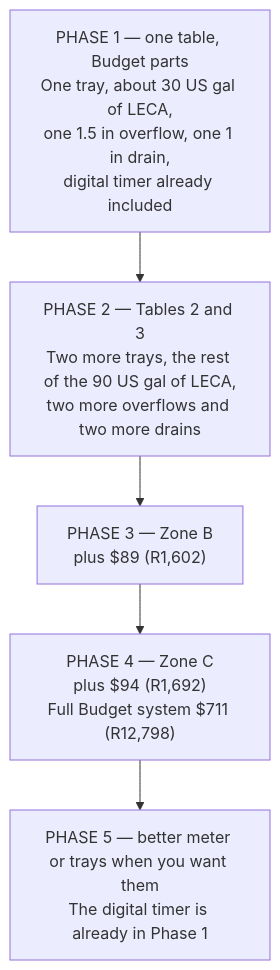
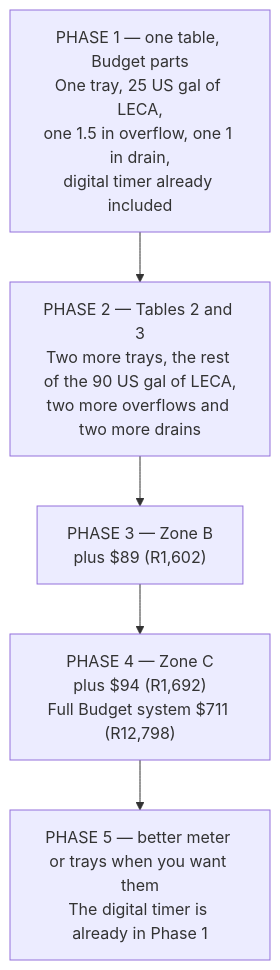
Before and after one commit to UncleJS/guide_hydroponics: the first of 3 diagrams in guide/ebb-and-flow/12-budget-and-sourcing.md, drawn with Mermaid. The commit also changed other lines of this file and 18 other files, not shown here.

````diff
--- a/guide/ebb-and-flow/12-budget-and-sourcing.md
+++ b/guide/ebb-and-flow/12-budget-and-sourcing.md
@@ -364,10 +364,10 @@
 ```mermaid
 flowchart TD
-    P1["PHASE 1 — one table, Budget parts<br/>One tray, about 30 US gal of LECA,<br/>one 1.5 in overflow, one 1 in drain,<br/>digital timer already included"]
+    P1["PHASE 1 — one table, Budget parts<br/>One tray, 25 US gal of LECA,<br/>one 1.5 in overflow, one 1 in drain,<br/>digital timer already included"]
     P2["PHASE 2 — Tables 2 and 3<br/>Two more trays, the rest of the 90 US gal of LECA,<br/>two more overflows and two more drains"]
     P3["PHASE 3 — Zone B<br/>plus $89 (R1,602)"]
     P4["PHASE 4 — Zone C<br/>plus $94 (R1,692)<br/>Full Budget system $711 (R12,798)"]
     P5["PHASE 5 — better meter or trays when you want them<br/>The digital timer is already in Phase 1"]
 
     P1 --> P2 --> P3 --> P4 --> P5
 ```
````
